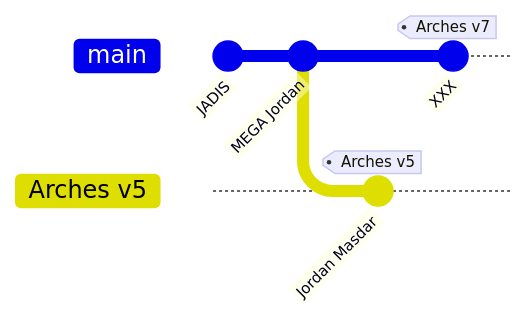
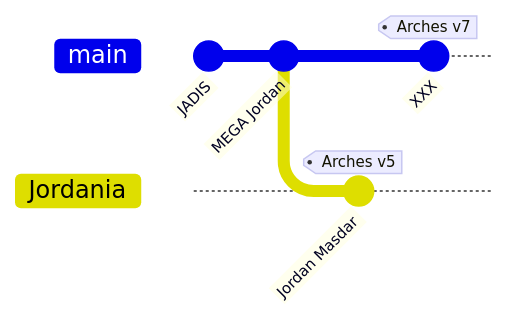
One commit to eamena-project/eamena-arches-dev changed the second of 3 diagrams in dev/README.md. Above: the diagram before and after it, drawn with Mermaid. The commit also changed other lines of this file, not shown here.

````diff
--- a/dev/README.md
+++ b/dev/README.md
@@ -22,9 +22,9 @@
 ```mermaid
 gitGraph
        commit id: "JADIS"
        commit id: "MEGA Jordan"
-       branch "Arches v5"
+       branch "Jordania"
        commit id: "Jordan Masdar" tag: "Arches v5"
        checkout main
        commit id: "XXX" tag: "Arches v7"
 ```
````
